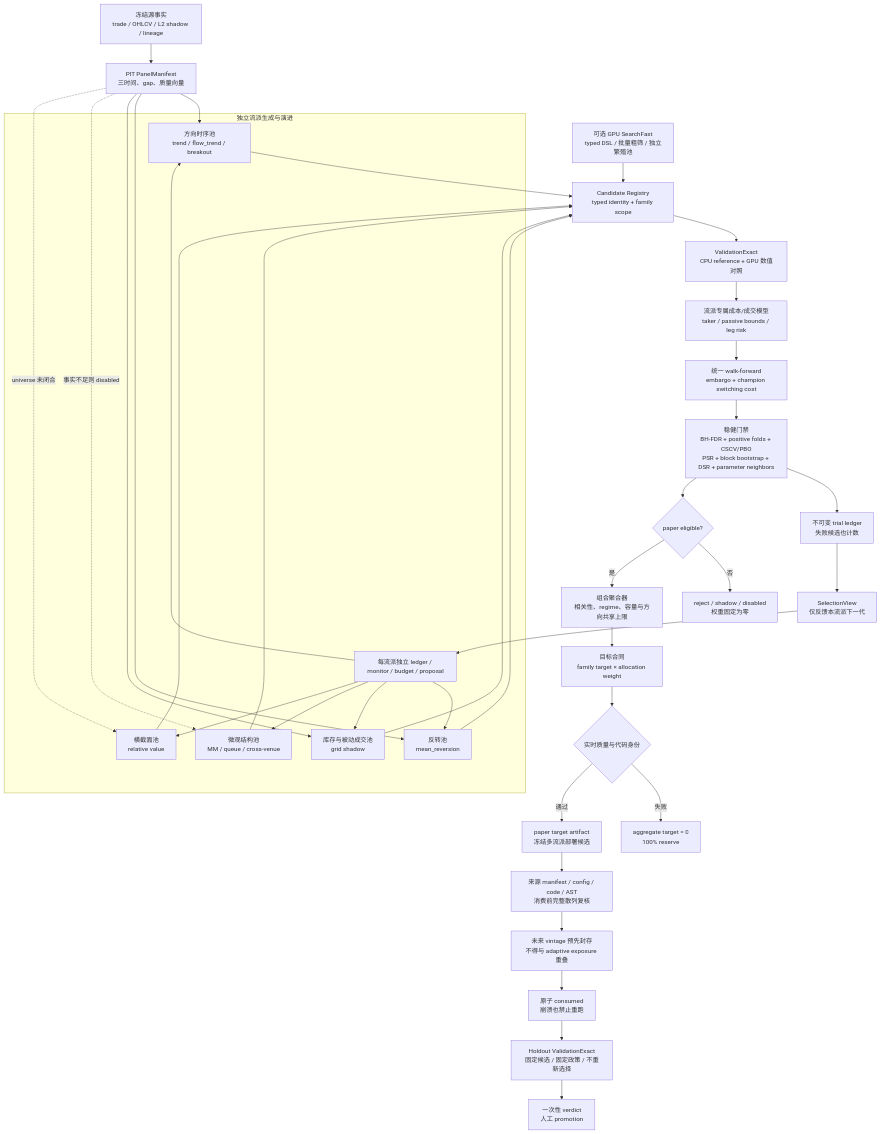
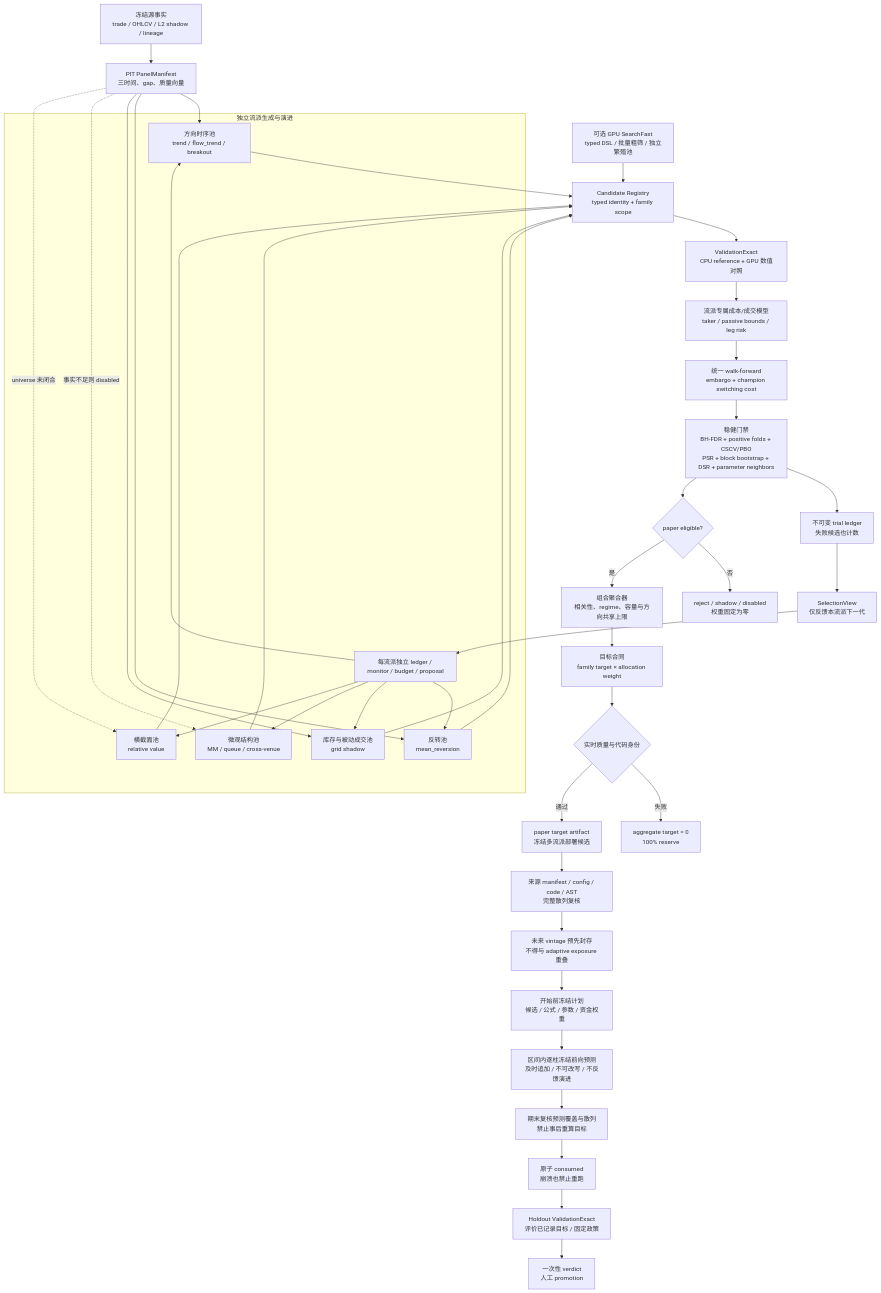
The diagram in docs/strategy-research.md (tomesakai/guvolu), drawn with Mermaid before and after one commit. The commit also changed other lines of this file and 2 other files, not shown here.

````diff
--- a/docs/strategy-research.md
+++ b/docs/strategy-research.md
@@ -320,58 +337,61 @@
 ```mermaid
 flowchart TB
     raw["冻结源事实<br/>trade / OHLCV / L2 shadow / lineage"]
     pit["PIT PanelManifest<br/>三时间、gap、质量向量"]
     raw --> pit
 
     subgraph generation["独立流派生成与演进"]
         direction["方向时序池<br/>trend / flow_trend / breakout"]
         reversion["反转池<br/>mean_reversion"]
         grid["库存与被动成交池<br/>grid shadow"]
         micro["微观结构池<br/>MM / queue / cross-venue"]
         cross["横截面池<br/>relative value"]
         monitors["每流派独立 ledger / monitor / budget / proposal"]
         monitors --> direction
         monitors --> reversion
         monitors --> grid
         monitors --> micro
         monitors --> cross
     end
 
     pit --> direction
     pit --> reversion
     pit --> grid
     pit -. "事实不足则 disabled" .-> micro
     pit -. "universe 未闭合" .-> cross
 
     registry["Candidate Registry<br/>typed identity + family scope"]
     direction --> registry
     reversion --> registry
     grid --> registry
     micro --> registry
     cross --> registry
 
     gpu["可选 GPU SearchFast<br/>typed DSL / 批量粗筛 / 独立繁殖池"]
     gpu --> registry
 
     exact["ValidationExact<br/>CPU reference + GPU 数值对照"]
     registry --> exact
     exact --> cost["流派专属成本/成交模型<br/>taker / passive bounds / leg risk"]
     cost --> wf["统一 walk-forward<br/>embargo + champion switching cost"]
     wf --> robust["稳健门禁<br/>BH-FDR + positive folds + CSCV/PBO<br/>PSR + block bootstrap + DSR + parameter neighbors"]
     robust --> ledger["不可变 trial ledger<br/>失败候选也计数"]
     ledger --> evolution["SelectionView<br/>仅反馈本流派下一代"]
     evolution --> monitors
 
     robust --> eligible{"paper eligible?"}
     eligible -- "否" --> reject["reject / shadow / disabled<br/>权重固定为零"]
     eligible -- "是" --> aggregate["组合聚合器<br/>相关性、regime、容量与方向共享上限"]
     aggregate --> contract["目标合同<br/>family target × allocation weight"]
     contract --> quality{"实时质量与代码身份"}
     quality -- "失败" --> flat["aggregate target = 0<br/>100% reserve"]
     quality -- "通过" --> paper["paper target artifact<br/>冻结多流派部署候选"]
-    paper --> sourceVerify["来源 manifest / config / code / AST<br/>消费前完整散列复核"]
+    paper --> sourceVerify["来源 manifest / config / code / AST<br/>完整散列复核"]
     sourceVerify --> sealed["未来 vintage 预先封存<br/>不得与 adaptive exposure 重叠"]
-    sealed --> consume["原子 consumed<br/>崩溃也禁止重跑"]
-    consume --> holdout["Holdout ValidationExact<br/>固定候选 / 固定政策 / 不重新选择"]
+    sealed --> frozenPlan["开始前冻结计划<br/>候选 / 公式 / 参数 / 资金权重"]
+    frozenPlan --> forward["区间内逐柱冻结前向预测<br/>及时追加 / 不可改写 / 不反馈演进"]
+    forward --> verifyForward["期末复核预测覆盖与散列<br/>禁止事后重算目标"]
+    verifyForward --> consume["原子 consumed<br/>崩溃也禁止重跑"]
+    consume --> holdout["Holdout ValidationExact<br/>评价已记录目标 / 固定政策"]
     holdout --> promotion["一次性 verdict<br/>人工 promotion"]
 ```
````
